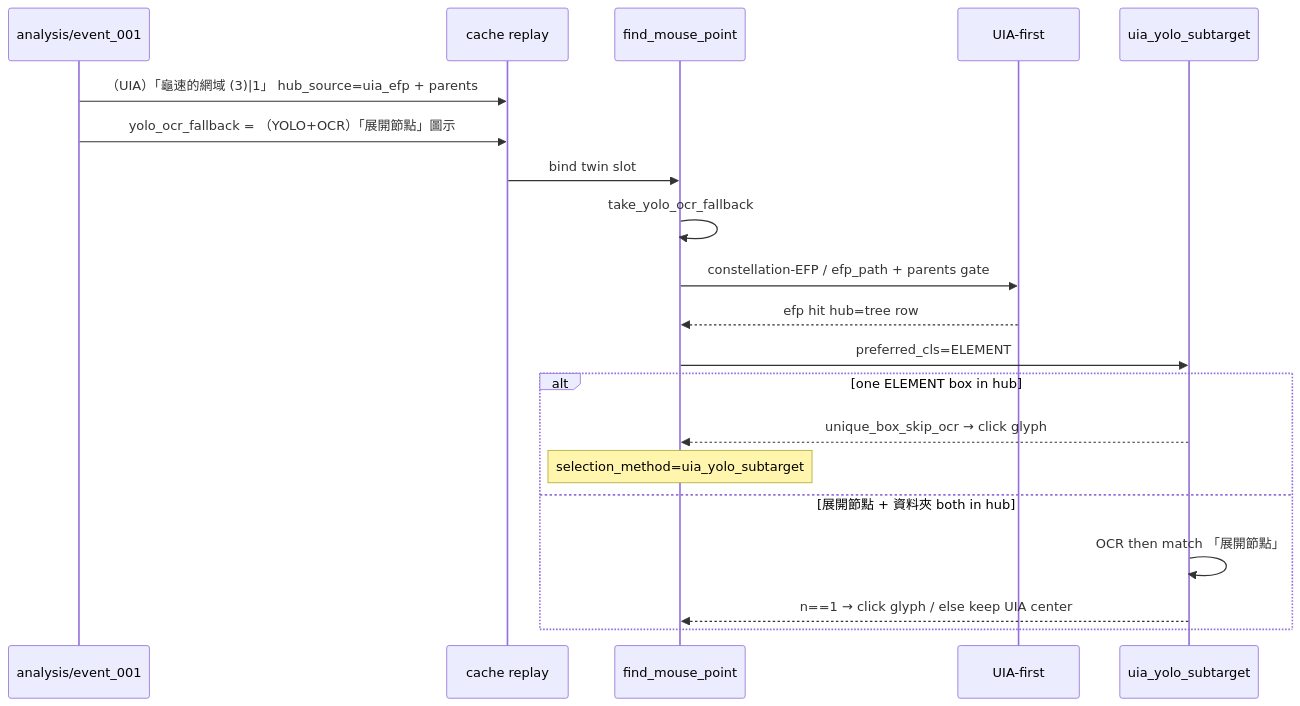
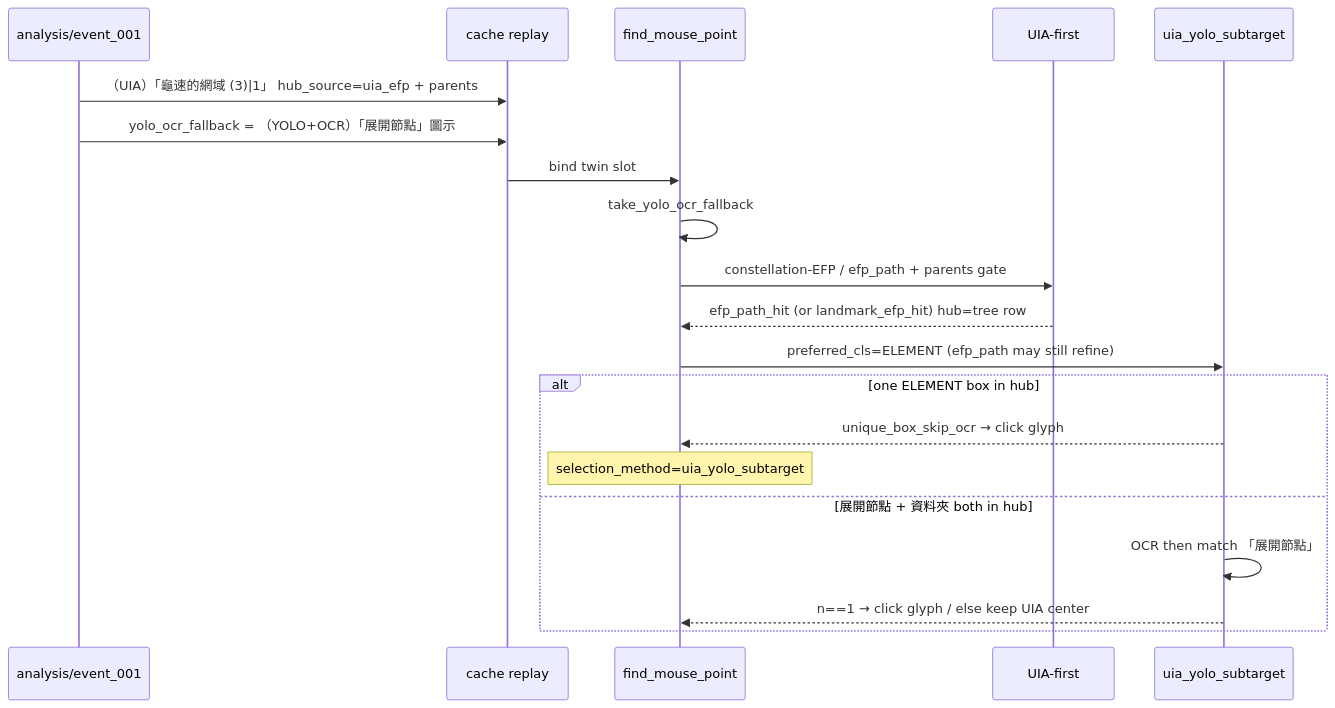
Before and after one commit to josephorng/QualityAssuranceAgent: the fifth of 5 diagrams in docs/replay-flow.md, drawn with Mermaid. The commit also changed other lines of this file and 7 other files, not shown here.

First line of the commit message:
Skip uniqueness-grow on UIA EFP hubs to fix Excel analysis stalls.

````diff
--- a/docs/replay-flow.md
+++ b/docs/replay-flow.md
@@ -217,23 +257,23 @@
 ```mermaid
 sequenceDiagram
   participant Cache as analysis/event_001
   participant Brain as cache replay
   participant Select as find_mouse_point
   participant UIA as UIA-first
   participant Sub as uia_yolo_subtarget
 
   Cache->>Brain: （UIA）「龜速的網域 (3)|1」 hub_source=uia_efp + parents
   Cache->>Brain: yolo_ocr_fallback = （YOLO+OCR）「展開節點」圖示
   Brain->>Select: bind twin slot
   Select->>Select: take_yolo_ocr_fallback
   Select->>UIA: constellation-EFP / efp_path + parents gate
-  UIA-->>Select: efp hit hub=tree row
-  Select->>Sub: preferred_cls=ELEMENT
+  UIA-->>Select: efp_path_hit (or landmark_efp_hit) hub=tree row
+  Select->>Sub: preferred_cls=ELEMENT (efp_path may still refine)
   alt one ELEMENT box in hub
     Sub-->>Select: unique_box_skip_ocr → click glyph
     Note over Select: selection_method=uia_yolo_subtarget
   else 展開節點 + 資料夾 both in hub
     Sub->>Sub: OCR then match 「展開節點」
     Sub-->>Select: n==1 → click glyph / else keep UIA center
   end
 ```
````
